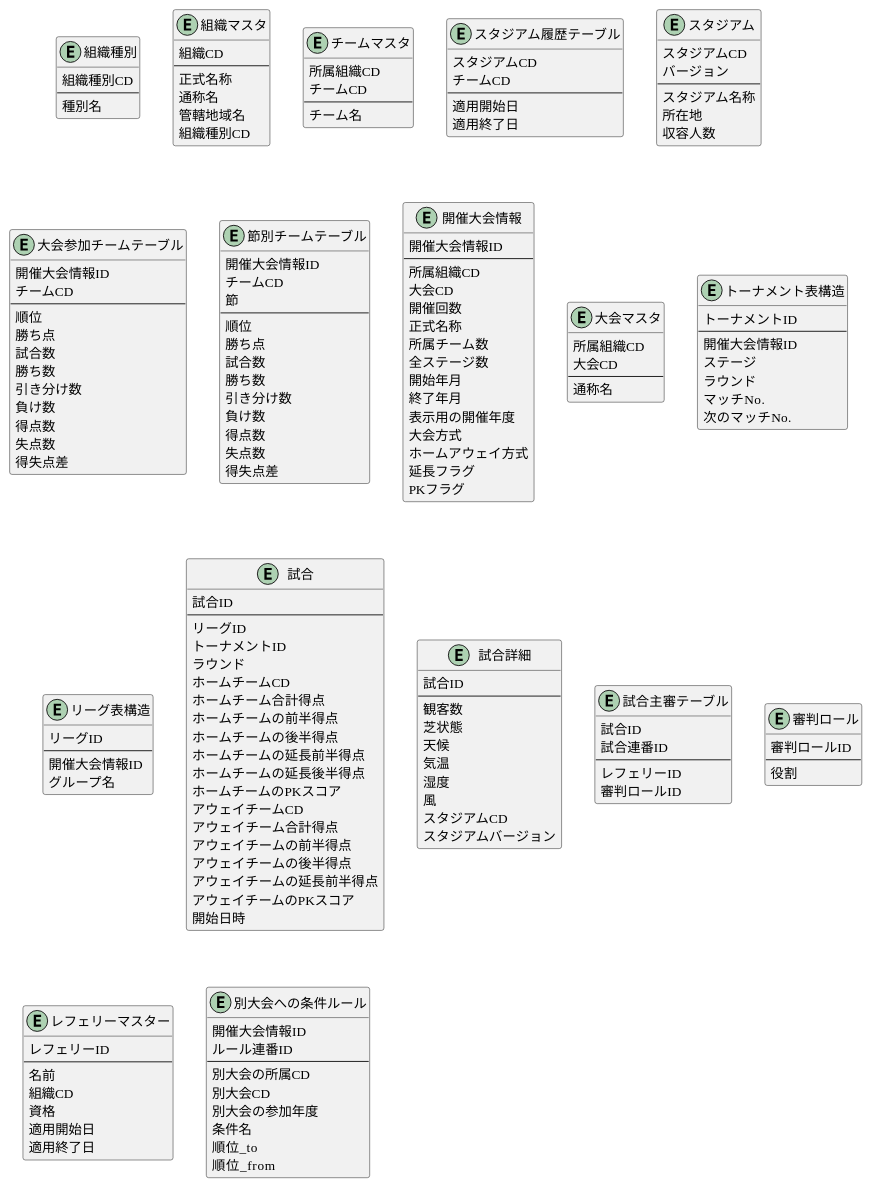
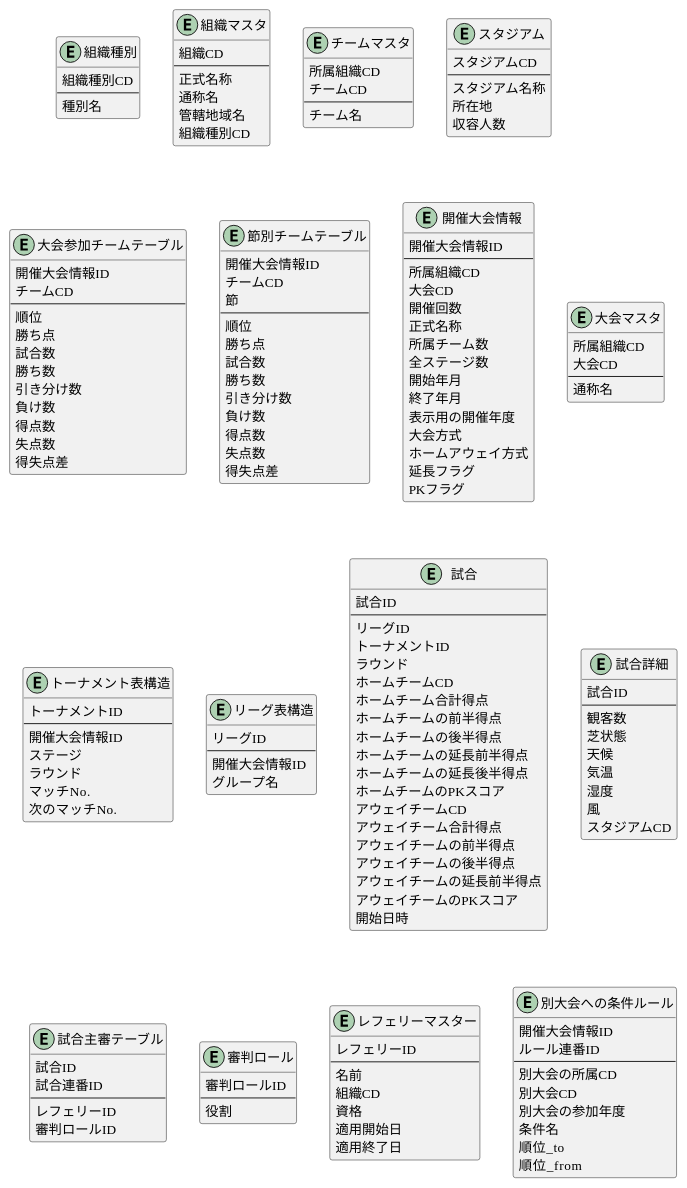
One commit to LCC-SYamada/SocckerDB_PlantUML changed the diagram in soccker_db.puml. Above: the diagram before and after it, drawn with PlantUML.

Commit message:
今回のサッカーの試合の記事等に関してスタジアムの履歴まで考える必要はなさそうなので削除

```diff
--- a/soccker_db.puml
+++ b/soccker_db.puml
@@ -1,187 +1,177 @@
 @startuml
 
 Entity "組織種別" as OrganizationType {
   組織種別CD
   --
   種別名
 }
 
 Entity "組織マスタ" as Organization {
   組織CD
   --
   正式名称
   通称名
   管轄地域名
   組織種別CD
 }
 
 Entity "チームマスタ" as Team {
   所属組織CD
   チームCD
   --
   チーム名
 }
 
-Entity "スタジアム履歴テーブル" as StadiumHistory {
-  スタジアムCD
-  チームCD
-  --
-  適用開始日
-  適用終了日
-}
-
 Entity "スタジアム" as Stadium {
   スタジアムCD
-  バージョン
   --
   スタジアム名称
   所在地
   収容人数
 }
 
 Entity "大会参加チームテーブル" as SeaSonTournament {
   開催大会情報ID
   チームCD
   --
   順位
   勝ち点
   試合数
   勝ち数
   引き分け数
   負け数
   得点数
   失点数
   得失点差  
 }
 
 Entity "節別チームテーブル" as MatchDayRank {
   開催大会情報ID
   チームCD
   節
   --
   順位
   勝ち点
   試合数
   勝ち数
   引き分け数
   負け数
   得点数
   失点数
   得失点差  
 }
 
 Entity "開催大会情報" as TournamentInfo {
   開催大会情報ID
   --
   所属組織CD
   大会CD
   開催回数
   正式名称
   所属チーム数
   全ステージ数
   開始年月
   終了年月
   表示用の開催年度
   大会方式
   ホームアウェイ方式
   延長フラグ
   PKフラグ
 }
 
 Entity "大会マスタ" as Tournament {
   所属組織CD
   大会CD
   --
   通称名
 }
 
 Entity "トーナメント表構造" as TournamentTable {
   トーナメントID
   --
   開催大会情報ID
   ステージ
   ラウンド
   マッチNo.
   次のマッチNo.
 }
 
 Entity "リーグ表構造" as LeagueTable {
   リーグID
   --
   開催大会情報ID
   グループ名
 }
 
 Entity "試合" as Match {
   試合ID
   --
   リーグID
   トーナメントID
   ラウンド
   ホームチームCD
   ホームチーム合計得点
   ホームチームの前半得点
   ホームチームの後半得点
   ホームチームの延長前半得点
   ホームチームの延長後半得点
   ホームチームのPKスコア
   アウェイチームCD
   アウェイチーム合計得点
   アウェイチームの前半得点
   アウェイチームの後半得点
   アウェイチームの延長前半得点
   アウェイチームのPKスコア
   開始日時
 }
 
 Entity "試合詳細" as MatchInfo {
   試合ID
   --
   観客数
   芝状態
   天候
   気温
   湿度
   風
   スタジアムCD
-  スタジアムバージョン
 }
 
 Entity "試合主審テーブル" as MatchReferee {
   試合ID
   試合連番ID
   --
   レフェリーID
   審判ロールID
 }
 
 Entity "審判ロール" as RefereeRole {
   審判ロールID
   --
   役割
 }
 
 Entity "レフェリーマスター" as Referee {
   レフェリーID
   --
   名前
   組織CD
   資格
   適用開始日
   適用終了日
 }
 
 
 Entity "別大会への条件ルール" as TournamentDetail {
   開催大会情報ID
   ルール連番ID
   --
   別大会の所属CD
   別大会CD
   別大会の参加年度
   条件名
   順位_to
   順位_from
 }
 
 @enduml
```
